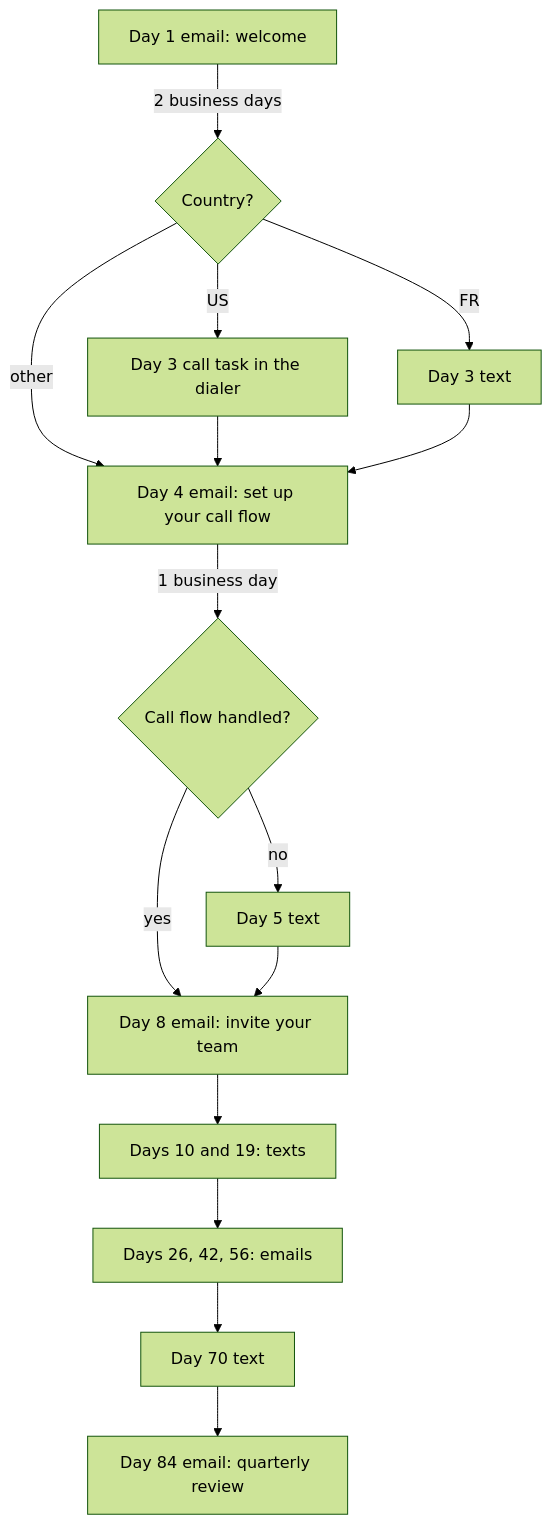
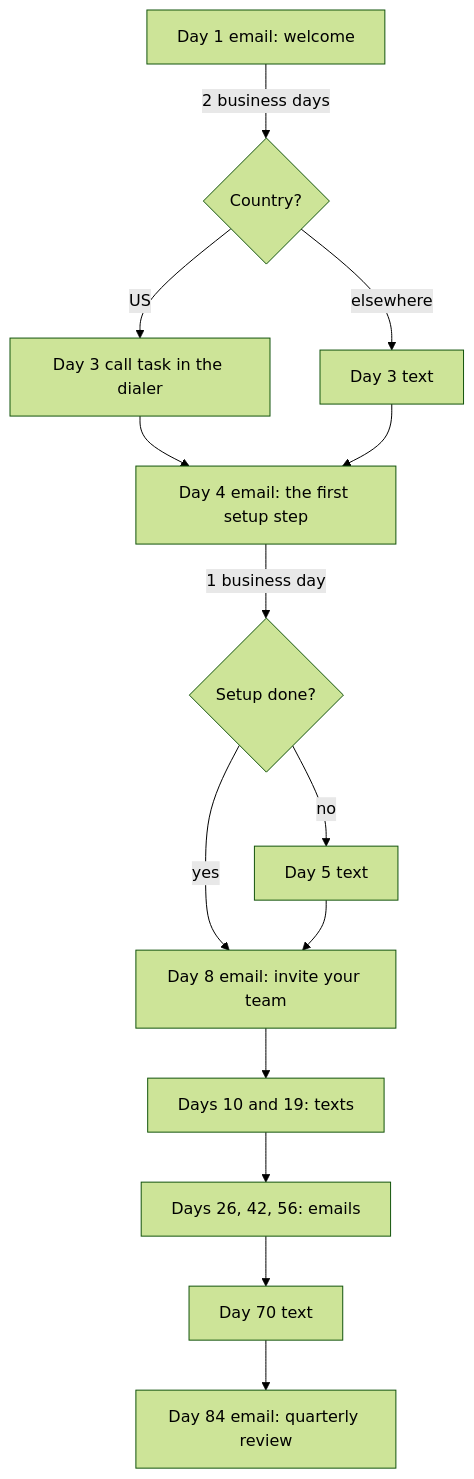
The diagram in packages/docs/content/docs/docs/use-cases/customer-onboarding.mdx (lguerberg/open-sequence), drawn with Mermaid (forest theme) before and after one commit. The commit also changed other lines of this file and 4 other files, not shown here.

````diff
--- a/packages/docs/content/docs/docs/use-cases/customer-onboarding.mdx
+++ b/packages/docs/content/docs/docs/use-cases/customer-onboarding.mdx
@@ -10,17 +10,16 @@
 ```mermaid
 flowchart TD
   A[Day 1 email: welcome] -->|2 business days| B{Country?}
   B -->|US| C[Day 3 call task in the dialer]
-  B -->|FR| D[Day 3 text]
-  B -->|other| E[Day 4 email: set up your call flow]
-  C --> E
+  B -->|elsewhere| D[Day 3 text]
+  C --> E[Day 4 email: the first setup step]
   D --> E
-  E -->|1 business day| F{Call flow handled?}
+  E -->|1 business day| F{Setup done?}
   F -->|no| G[Day 5 text]
   F -->|yes| H[Day 8 email: invite your team]
   G --> H
   H --> I[Days 10 and 19: texts]
   I --> J[Days 26, 42, 56: emails]
   J --> K[Day 70 text]
   K --> L[Day 84 email: quarterly review]
 ```
````
